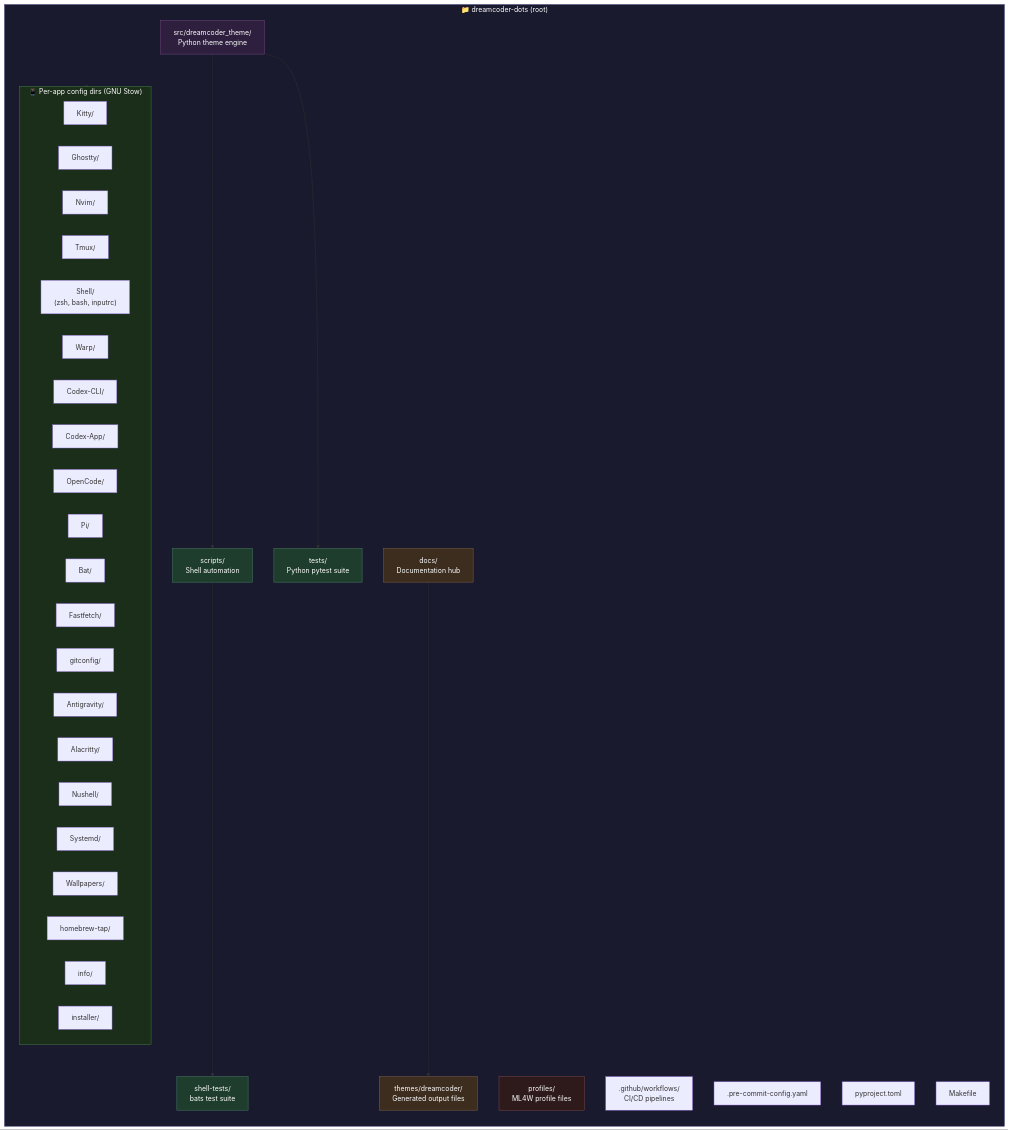
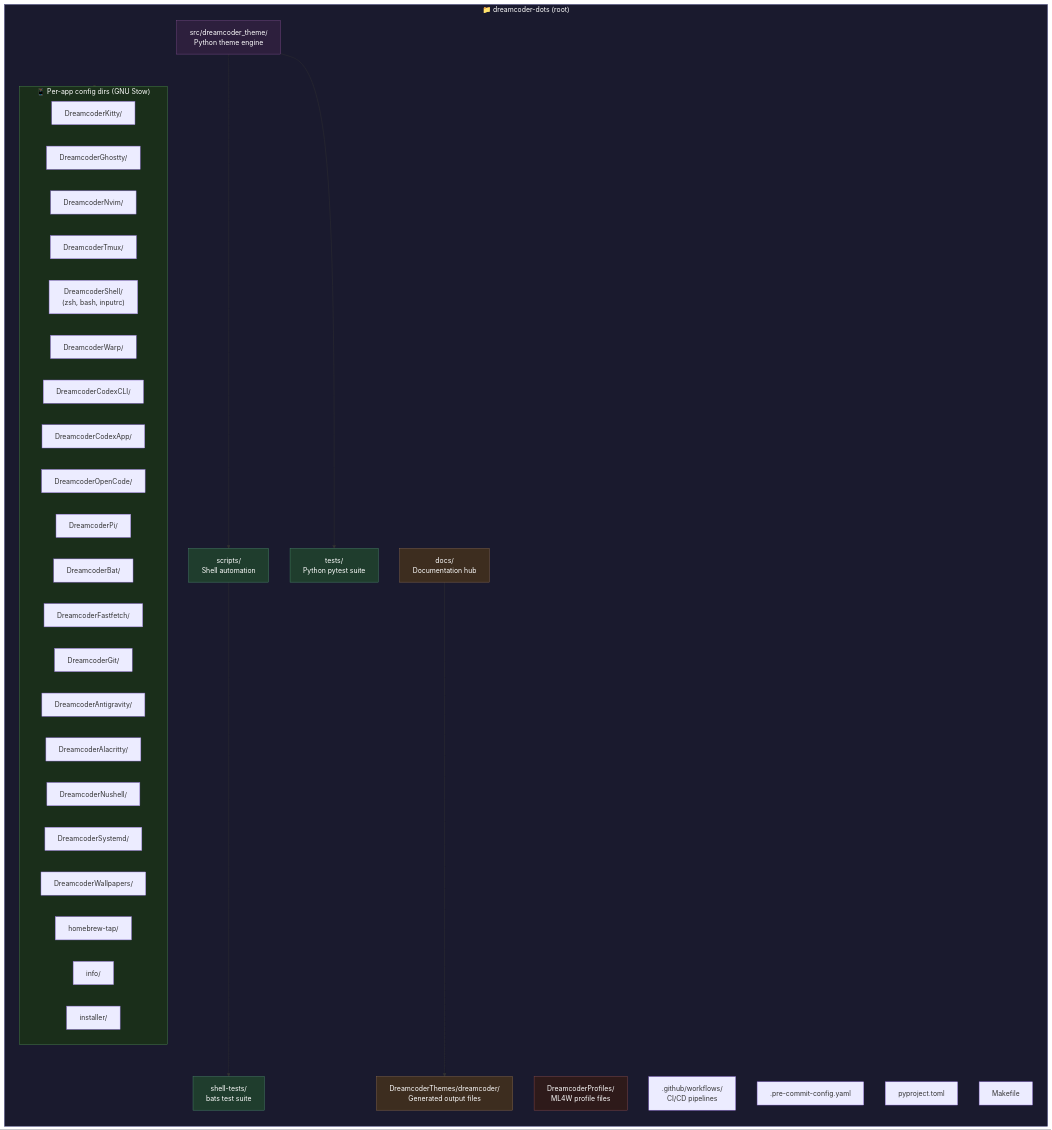
Before and after one commit to Albert-fer02/Dreamcoder_dots: the diagram in docs/architecture/monorepo-structure.mmd, drawn with Mermaid. The commit also changed 25 other files, not shown here.

```diff
--- a/docs/architecture/monorepo-structure.mmd
+++ b/docs/architecture/monorepo-structure.mmd
@@ -1,60 +1,60 @@
 %% Monorepo Structure — Visual map of the dreamcoder-dots repository showing
 %% top-level directories and their relationships.
 
 flowchart TB
     subgraph Root["📁 dreamcoder-dots (root)"]
         direction TB
 
         SRC["src/dreamcoder_theme/<br/>Python theme engine"]
         SCRIPTS["scripts/<br/>Shell automation"]
         TESTS["tests/<br/>Python pytest suite"]
         SHELL_TESTS["shell-tests/<br/>bats test suite"]
         DOCS["docs/<br/>Documentation hub"]
-        THEMES["themes/dreamcoder/<br/>Generated output files"]
-        PROFILES["profiles/<br/>ML4W profile files"]
+        THEMES["DreamcoderThemes/dreamcoder/<br/>Generated output files"]
+        PROFILES["DreamcoderProfiles/<br/>ML4W profile files"]
         GITHUB[".github/workflows/<br/>CI/CD pipelines"]
         PRE_COMMIT[".pre-commit-config.yaml"]
         PYPROJ["pyproject.toml"]
         MAKEFILE["Makefile"]
 
         subgraph Apps["📱 Per-app config dirs (GNU Stow)"]
-            KITTY["Kitty/"]
-            GHOSTTY["Ghostty/"]
-            NVIM["Nvim/"]
-            TMUX["Tmux/"]
-            SHELL["Shell/<br/>(zsh, bash, inputrc)"]
-            WARP["Warp/"]
-            CODE_CLI["Codex-CLI/"]
-            CODE_APP["Codex-App/"]
-            OPENCODE["OpenCode/"]
-            PI["Pi/"]
-            BAT["Bat/"]
-            FASTFETCH["Fastfetch/"]
-            GITCONFIG["gitconfig/"]
-            ANTIGRAVITY["Antigravity/"]
-            ALACRITTY["Alacritty/"]
-            NUSHELL["Nushell/"]
-            SYSTEMD["Systemd/"]
-            WALLPAPERS["Wallpapers/"]
+DREAMCODER_KITTY["DreamcoderKitty/"]
+            DREAMCODER_GHOSTTY["DreamcoderGhostty/"]
+            DREAMCODER_NVIM["DreamcoderNvim/"]
+            DREAMCODER_TMUX["DreamcoderTmux/"]
+            DREAMCODER_SHELL["DreamcoderShell/<br/>(zsh, bash, inputrc)"]
+            DREAMCODER_WARP["DreamcoderWarp/"]
+            DREAMCODER_CODEXCLI["DreamcoderCodexCLI/"]
+            DREAMCODER_CODEXAPP["DreamcoderCodexApp/"]
+            DREAMCODER_OPENCODE["DreamcoderOpenCode/"]
+            DREAMCODER_PI["DreamcoderPi/"]
+            DREAMCODER_BAT["DreamcoderBat/"]
+            DREAMCODER_FASTFETCH["DreamcoderFastfetch/"]
+            DREAMCODER_GIT["DreamcoderGit/"]
+            DREAMCODER_ANTIGRAVITY["DreamcoderAntigravity/"]
+            DREAMCODER_ALACRITTY["DreamcoderAlacritty/"]
+            DREAMCODER_NUSHELL["DreamcoderNushell/"]
+            DREAMCODER_SYSTEMD["DreamcoderSystemd/"]
+            DREAMCODER_WALLPAPERS["DreamcoderWallpapers/"]
             HOME_TAP["homebrew-tap/"]
             INFO["info/"]
             INSTALLER["installer/"]
         end
     end
 
     SRC --> SCRIPTS
     SRC --> TESTS
     SCRIPTS --> SHELL_TESTS
     DOCS --> THEMES
 
     Root --> Apps
 
     style Root fill:#1a1a2e,stroke:#4a4a8a,color:#fff
     style SRC fill:#2d1f3d,stroke:#7b4a8a,color:#fff
     style SCRIPTS fill:#1f3d2d,stroke:#4a8a6a,color:#fff
     style TESTS fill:#1f3d2d,stroke:#4a8a6a,color:#fff
     style SHELL_TESTS fill:#1f3d2d,stroke:#4a8a6a,color:#fff
     style DOCS fill:#3d2d1f,stroke:#8a6a4a,color:#fff
     style THEMES fill:#3d2d1f,stroke:#8a6a4a,color:#fff
     style PROFILES fill:#2e1a1a,stroke:#8a4a4a,color:#fff
     style Apps fill:#1a2e1a,stroke:#4a8a4a,color:#fff
```
